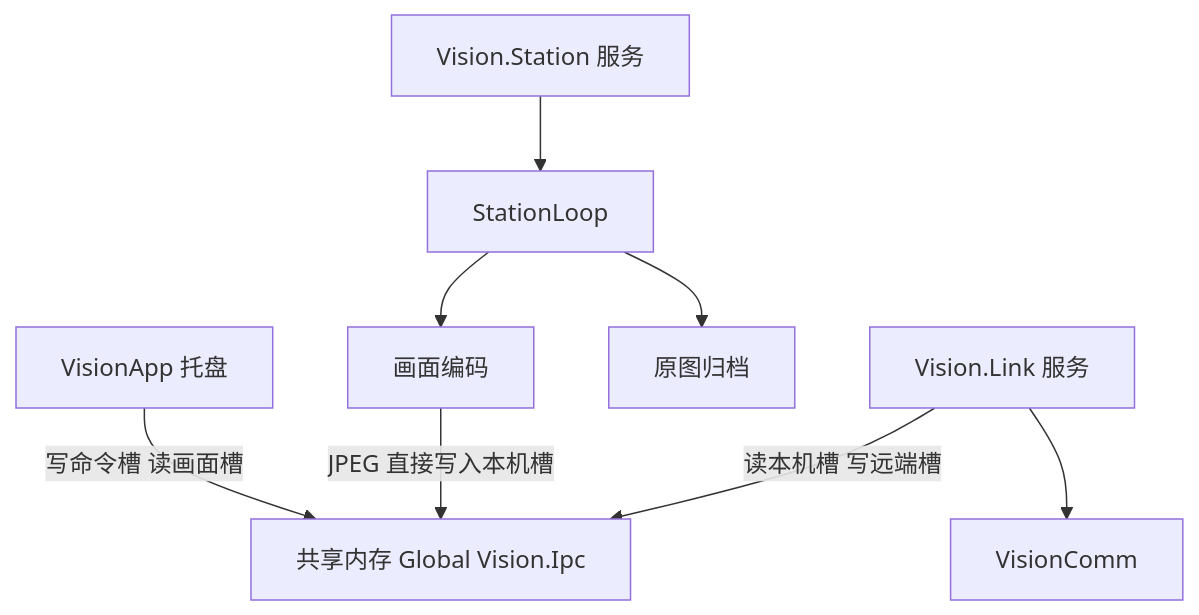
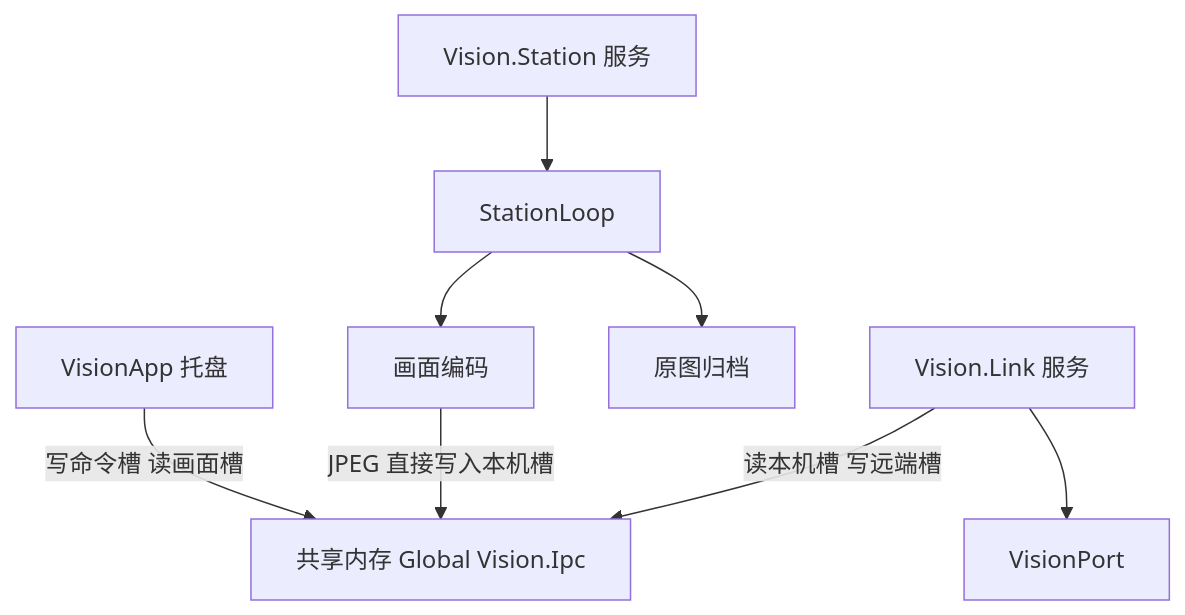
The first of 5 diagrams in docs/运行方式与多端共享方案.md (xulinhua/ImageProcessPlatform), drawn with Mermaid before and after one commit. The commit also changed other lines of this file and 119 other files, not shown here.

````diff
--- a/docs/运行方式与多端共享方案.md
+++ b/docs/运行方式与多端共享方案.md
@@ -102,19 +102,19 @@
 ```mermaid
 flowchart TB
   Tray[VisionApp 托盘]
   St[Vision.Station 服务]
   Lk[Vision.Link 服务]
   Loop[StationLoop]
   Arc[原图归档]
   Enc[画面编码]
-  Comm[VisionComm]
+  Comm[VisionPort]
 
   Shm[共享内存 Global Vision.Ipc]
   Tray -->|写命令槽 读画面槽| Shm
   St --> Loop
   Loop --> Arc
   Loop --> Enc
   Enc -->|JPEG 直接写入本机槽| Shm
   Lk -->|读本机槽 写远端槽| Shm
-  Lk --> Comm[VisionComm]
+  Lk --> Comm[VisionPort]
 ```
````
